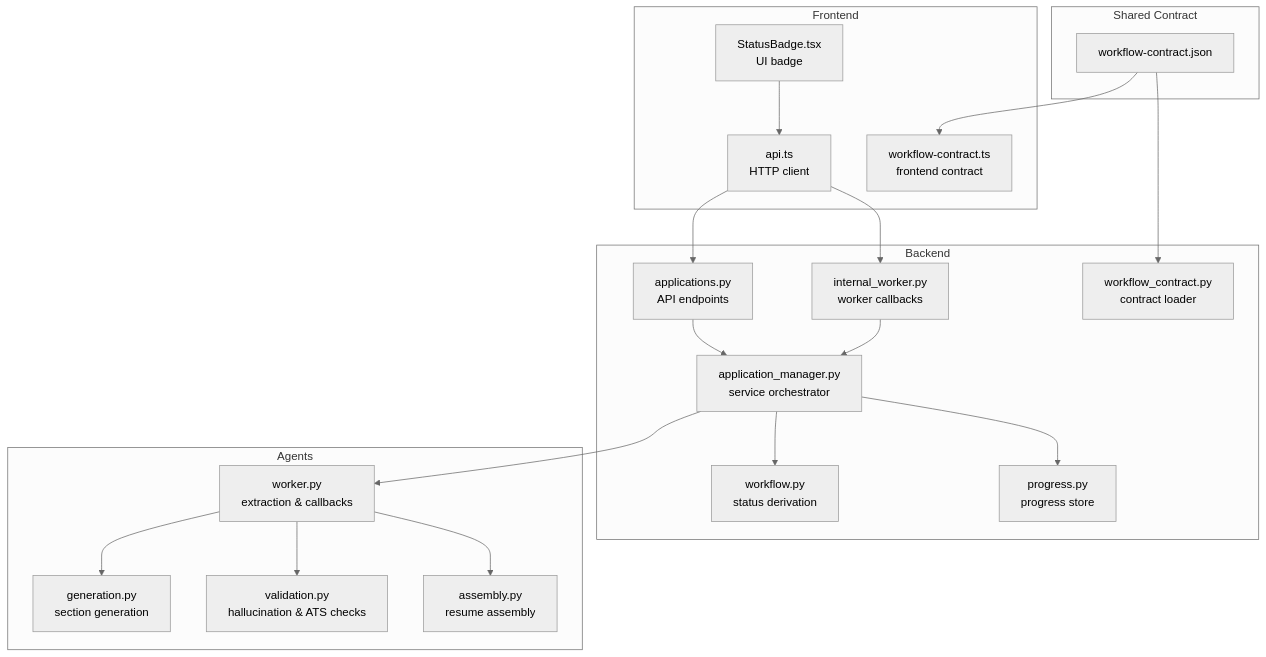
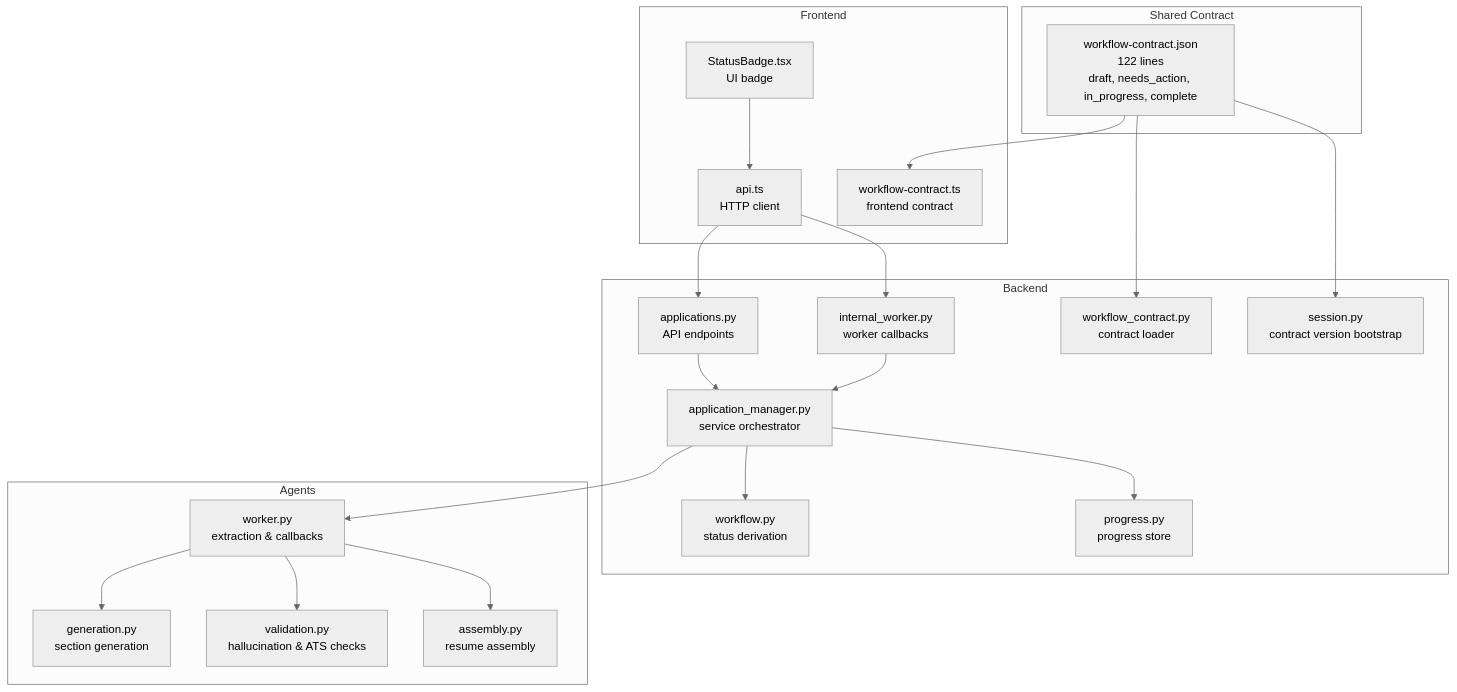
Before and after one commit to sankaL/resume-app: the first of 8 diagrams in .qoder/repowiki/en/content/Workflow Management.md, drawn with Mermaid (neutral theme). The commit also changed other lines of this file and 9 other files, not shown here.

````diff
--- a/.qoder/repowiki/en/content/Workflow Management.md
+++ b/.qoder/repowiki/en/content/Workflow Management.md
@@ -44,38 +54,40 @@
 ```mermaid
 graph TB
 subgraph "Shared Contract"
-SC["workflow-contract.json"]
+SC["workflow-contract.json<br/>122 lines<br/>draft, needs_action, in_progress, complete"]
 end
 subgraph "Backend"
 API["applications.py<br/>API endpoints"]
 INT["internal_worker.py<br/>worker callbacks"]
 AM["application_manager.py<br/>service orchestrator"]
 WF["workflow.py<br/>status derivation"]
 PR["progress.py<br/>progress store"]
 WC["workflow_contract.py<br/>contract loader"]
+SESS["session.py<br/>contract version bootstrap"]
 end
 subgraph "Agents"
 W["worker.py<br/>extraction & callbacks"]
 GEN["generation.py<br/>section generation"]
 VAL["validation.py<br/>hallucination & ATS checks"]
 ASM["assembly.py<br/>resume assembly"]
 end
 subgraph "Frontend"
 FEAPI["api.ts<br/>HTTP client"]
 SB["StatusBadge.tsx<br/>UI badge"]
 WC_TS["workflow-contract.ts<br/>frontend contract"]
 end
 SC --> WC
 SC --> WC_TS
+SC --> SESS
 API --> AM
 INT --> AM
 AM --> PR
 AM --> WF
 AM --> W
 W --> GEN
 W --> VAL
 W --> ASM
 FEAPI --> API
 FEAPI --> INT
 SB --> FEAPI
 ```
````
